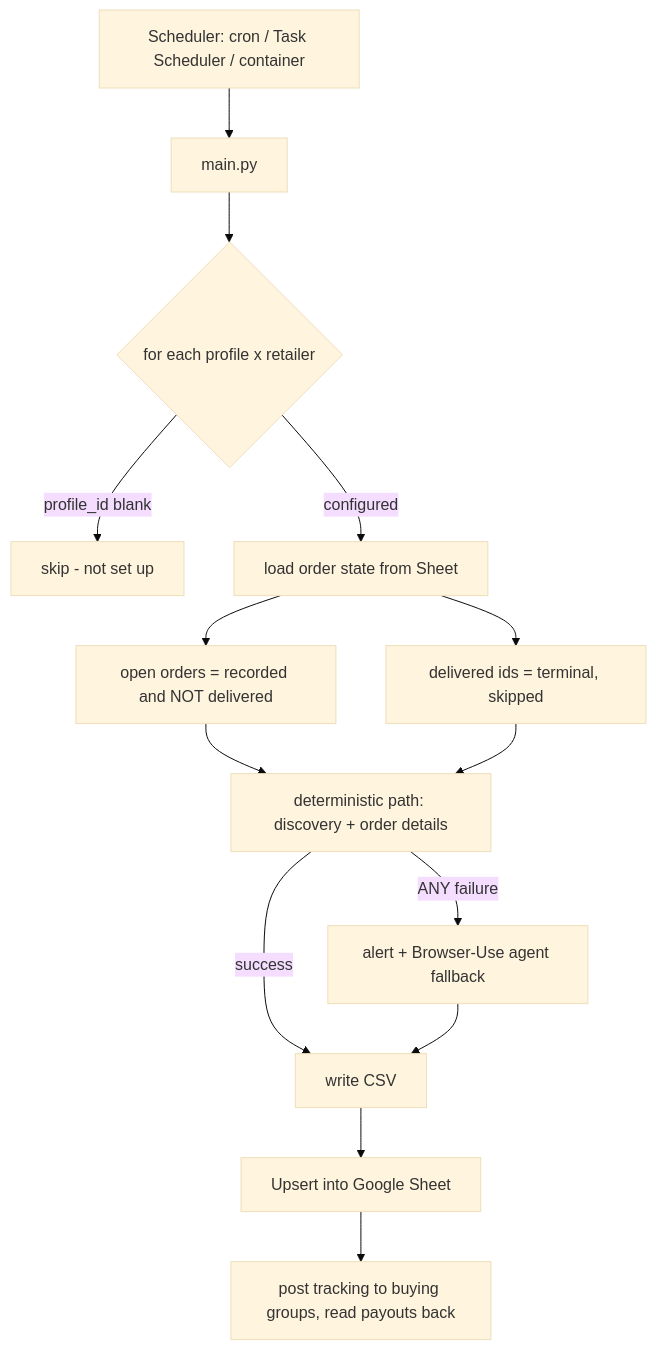
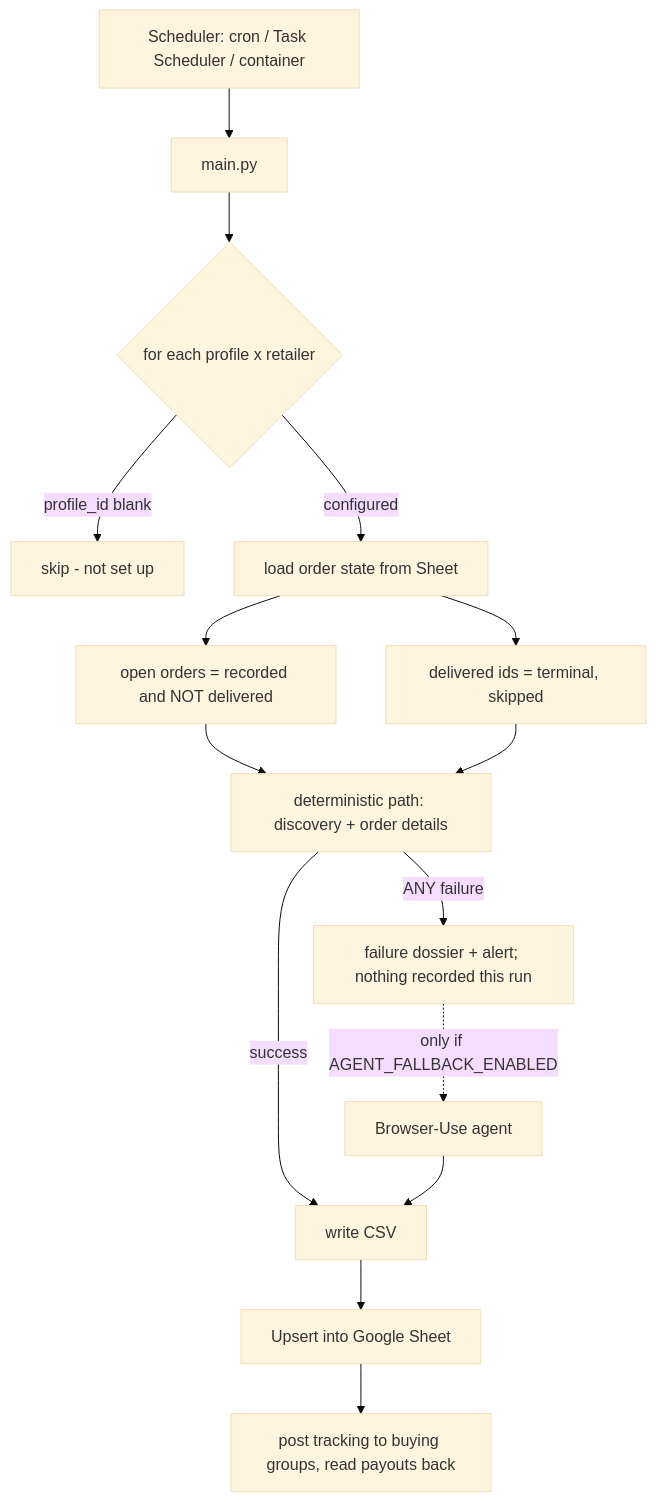
The first of 2 diagrams in README.md (ango-dev/BuyingGroupLedger), drawn with Mermaid (base theme) before and after one commit. The commit also changed other lines of this file and 21 other files, not shown here.

First line of the commit message:
Scrapers: replace the paid browser-automation fallback with dossiers

````diff
--- a/README.md
+++ b/README.md
@@ -55,16 +59,17 @@
 ```mermaid
 flowchart TD
     A[Scheduler: cron / Task Scheduler / container] --> B[main.py]
     B --> C{for each profile x retailer}
     C -->|profile_id blank| C0[skip - not set up]
     C -->|configured| D[load order state from Sheet]
     D --> E[open orders = recorded and NOT delivered]
     D --> F[delivered ids = terminal, skipped]
     E --> G[deterministic path: discovery + order details]
     F --> G
     G -->|success| K[write CSV]
-    G -->|ANY failure| Z[alert + Browser-Use agent fallback]
-    Z --> K
+    G -->|ANY failure| Z[failure dossier + alert; nothing recorded this run]
+    Z -.->|only if AGENT_FALLBACK_ENABLED| Y[Browser-Use agent]
+    Y --> K
     K --> L[Upsert into Google Sheet]
     L --> M[post tracking to buying groups, read payouts back]
 ```
````
